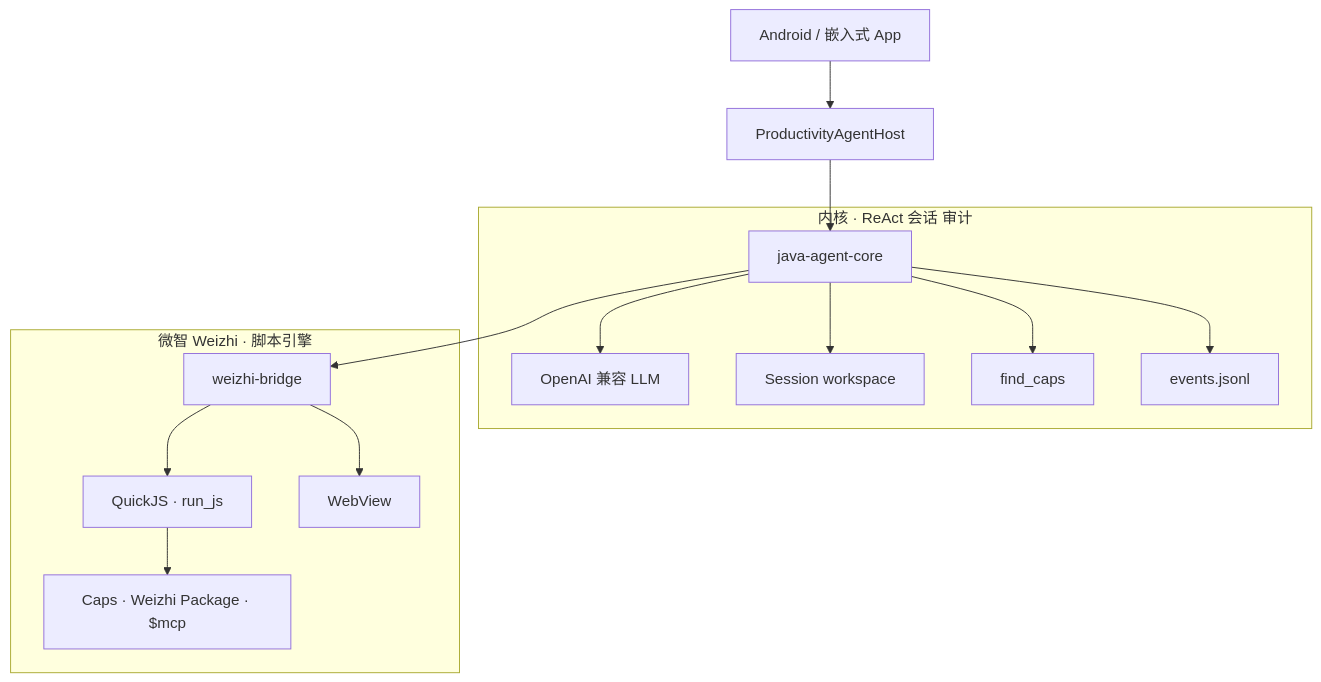
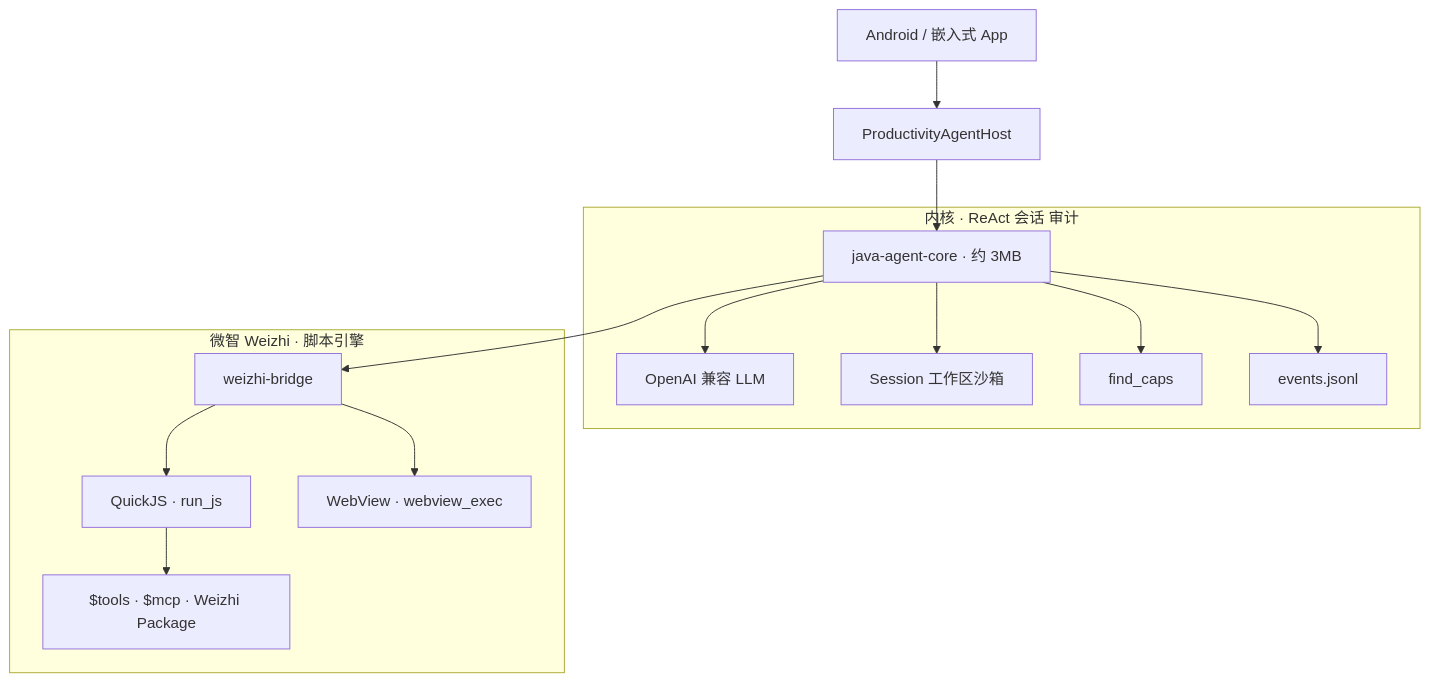
One commit to fengshihao/agent1 changed the diagram in README.md. Above: the diagram before and after it, drawn with Mermaid. The commit also changed other lines of this file, not shown here.

````diff
--- a/README.md
+++ b/README.md
@@ -99,19 +116,19 @@
 ```mermaid
 flowchart TB
   Host[Android / 嵌入式 App] --> Gateway[ProductivityAgentHost]
-  Gateway --> Core[java-agent-core]
+  Gateway --> Core[java-agent-core · 约 3MB]
 
   subgraph kernel["内核 · ReAct 会话 审计"]
     Core --> LLM[OpenAI 兼容 LLM]
-    Core --> WS[Session workspace]
+    Core --> WS[Session 工作区沙箱]
     Core --> Search[find_caps]
     Core --> Audit[events.jsonl]
   end
 
   Core --> Bridge[weizhi-bridge]
   subgraph weizhi["微智 Weizhi · 脚本引擎"]
     Bridge --> WZ[QuickJS · run_js]
-    WZ --> Cap["Caps · Weizhi Package · $mcp"]
-    Bridge --> WV[WebView]
+    WZ --> Cap["$tools · $mcp · Weizhi Package"]
+    Bridge --> WV[WebView · webview_exec]
   end
 ```
````
